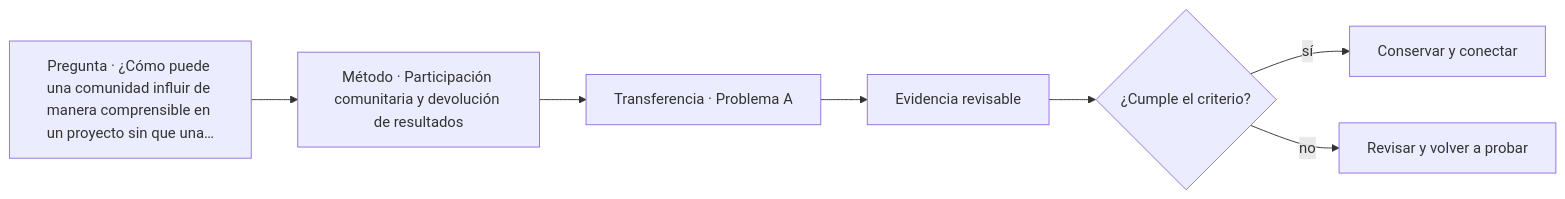
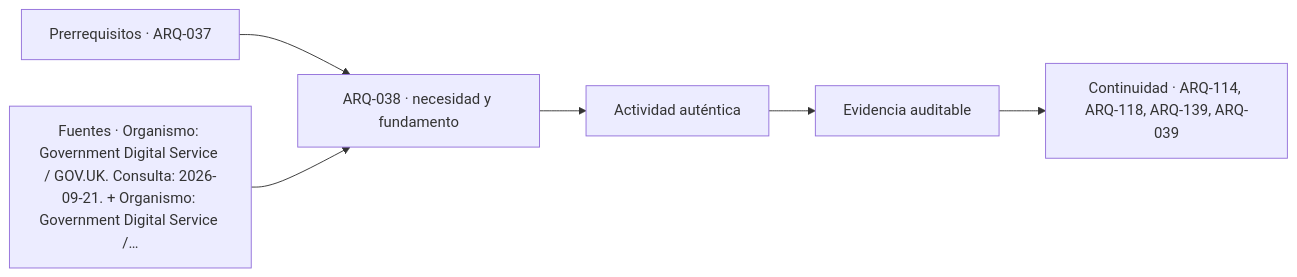
Before and after one commit to vladimiracunadev-create/architecture-built-environment-learning-program: the diagram in classes/parte-04/ARQ-038.md, drawn with Mermaid. The commit also changed other lines of this file and 761 other files, not shown here.

````diff
--- a/classes/parte-04/ARQ-038.md
+++ b/classes/parte-04/ARQ-038.md
@@ -157,9 +169,8 @@
 ```mermaid
 flowchart LR
-    Q["Pregunta · ¿Cómo puede una comunidad influir de manera comprensible en un proyecto sin que una…"] --> M["Método · Participación comunitaria y devolución de resultados"]
-    M --> P["Transferencia · Problema A"]
-    P --> E["Evidencia revisable"]
-    E --> C{"¿Cumple el criterio?"}
-    C -->|sí| T["Conservar y conectar"]
-    C -->|no| R["Revisar y volver a probar"]
+    A["Prerrequisitos · ARQ-037"] --> B["ARQ-038 · necesidad y fundamento"]
+    S["Fuentes · Organismo: Government Digital Service / GOV.UK. Consulta: 2026-09-21. + Organismo: Government Digital Service /…"] --> B
+    B --> C["Actividad auténtica"]
+    C --> D["Evidencia auditable"]
+    D --> E["Continuidad · ARQ-114, ARQ-118, ARQ-139, ARQ-039"]
 ```
````
